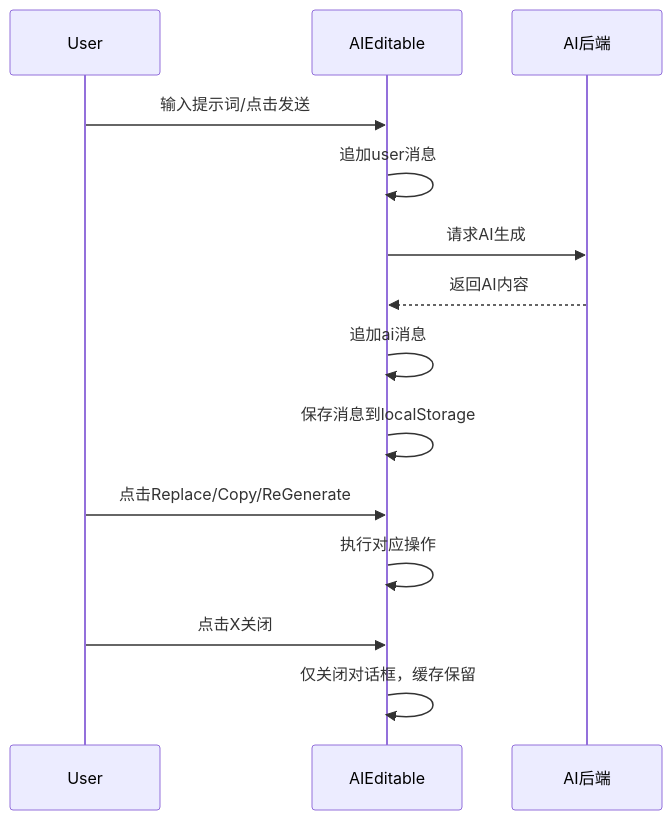
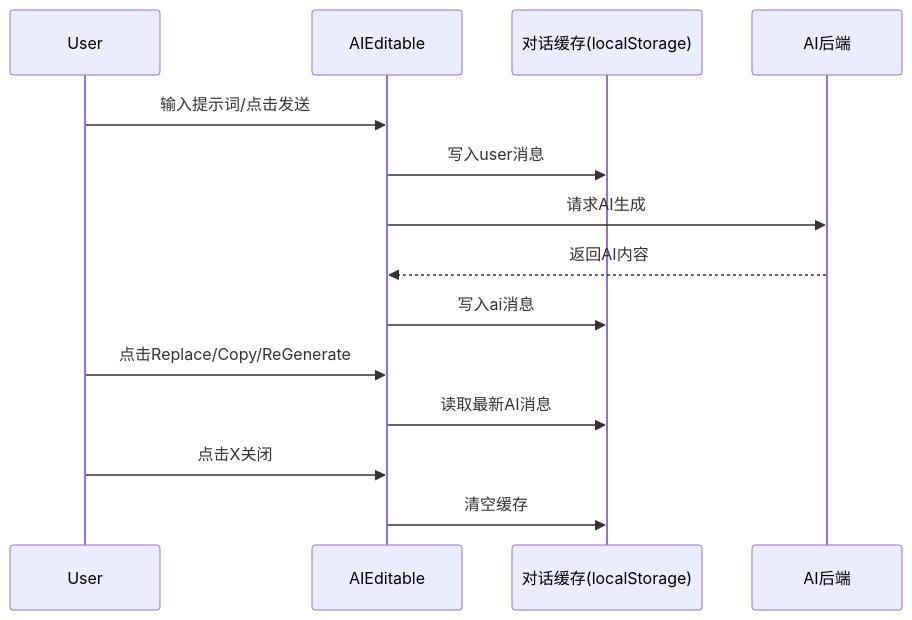
Before and after one commit to PowerZCY/newspaper_template: the third of 4 diagrams in docs/ai-edit.md, drawn with Mermaid. The commit also changed other lines of this file, not shown here.

````diff
--- a/docs/ai-edit.md
+++ b/docs/ai-edit.md
@@ -366,16 +368,16 @@
 ```mermaid
 sequenceDiagram
   participant User
   participant UI as AIEditable
+  participant Cache as 对话缓存(localStorage)
   participant API as AI后端
   User->>UI: 输入提示词/点击发送
-  UI->>UI: 追加user消息
+  UI->>Cache: 写入user消息
   UI->>API: 请求AI生成
   API-->>UI: 返回AI内容
-  UI->>UI: 追加ai消息
-  UI->>UI: 保存消息到localStorage
+  UI->>Cache: 写入ai消息
   User->>UI: 点击Replace/Copy/ReGenerate
-  UI->>UI: 执行对应操作
+  UI->>Cache: 读取最新AI消息
   User->>UI: 点击X关闭
-  UI->>UI: 仅关闭对话框，缓存保留
+  UI->>Cache: 清空缓存
 ```
````
